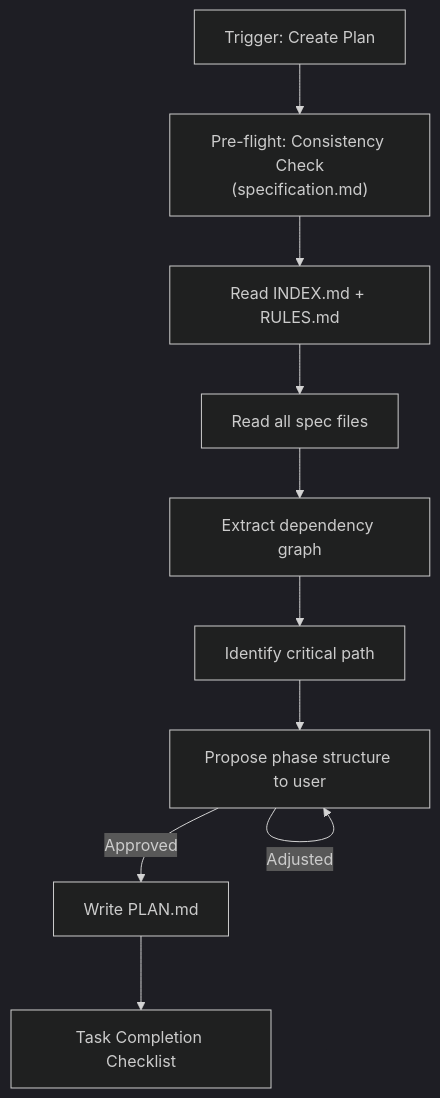
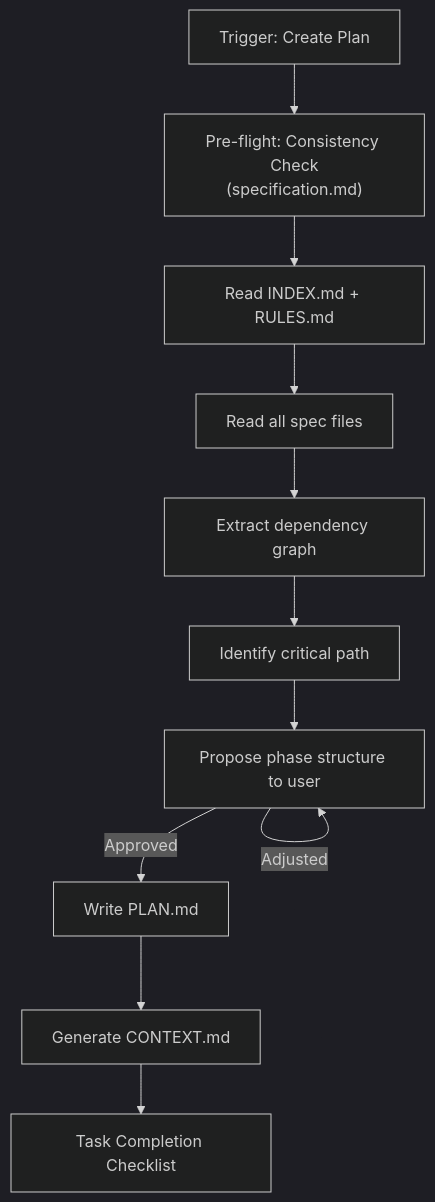
The first of 2 diagrams in .magic/plan.md (teratron/magic-spec), drawn with Mermaid (dark theme) before and after one commit. The commit also changed other lines of this file and 14 other files, not shown here.

````diff
--- a/.magic/plan.md
+++ b/.magic/plan.md
@@ -47,12 +47,13 @@
 ```mermaid
 graph TD
     A[Trigger: Create Plan] --> Z["Pre-flight: Consistency Check\n(specification.md)"]
     Z --> B[Read INDEX.md + RULES.md]
     B --> C[Read all spec files]
     C --> D[Extract dependency graph]
     D --> E[Identify critical path]
     E --> F[Propose phase structure to user]
     F -->|Approved| G[Write PLAN.md]
     F -->|Adjusted| F
-    G --> H[Task Completion Checklist]
+    G --> H[Generate CONTEXT.md]
+    H --> I[Task Completion Checklist]
 ```
````
